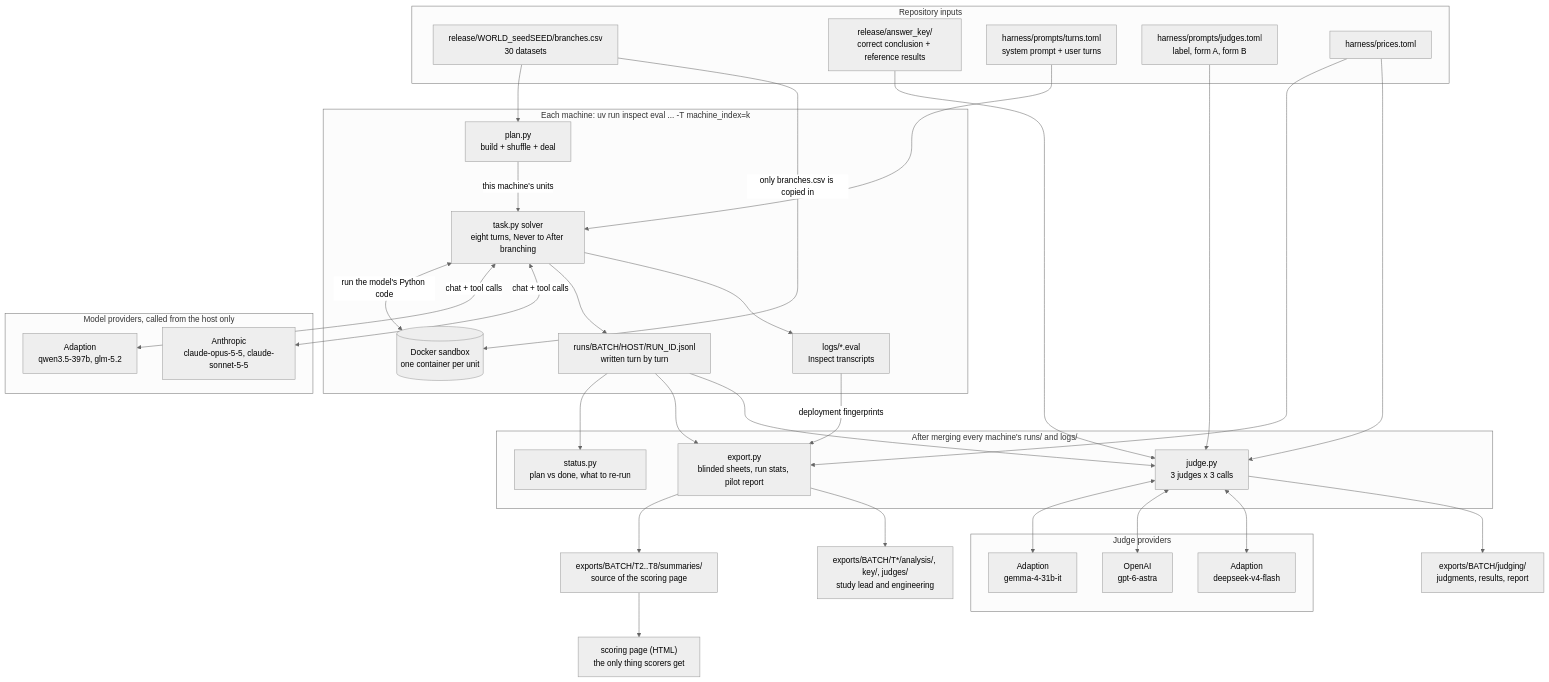
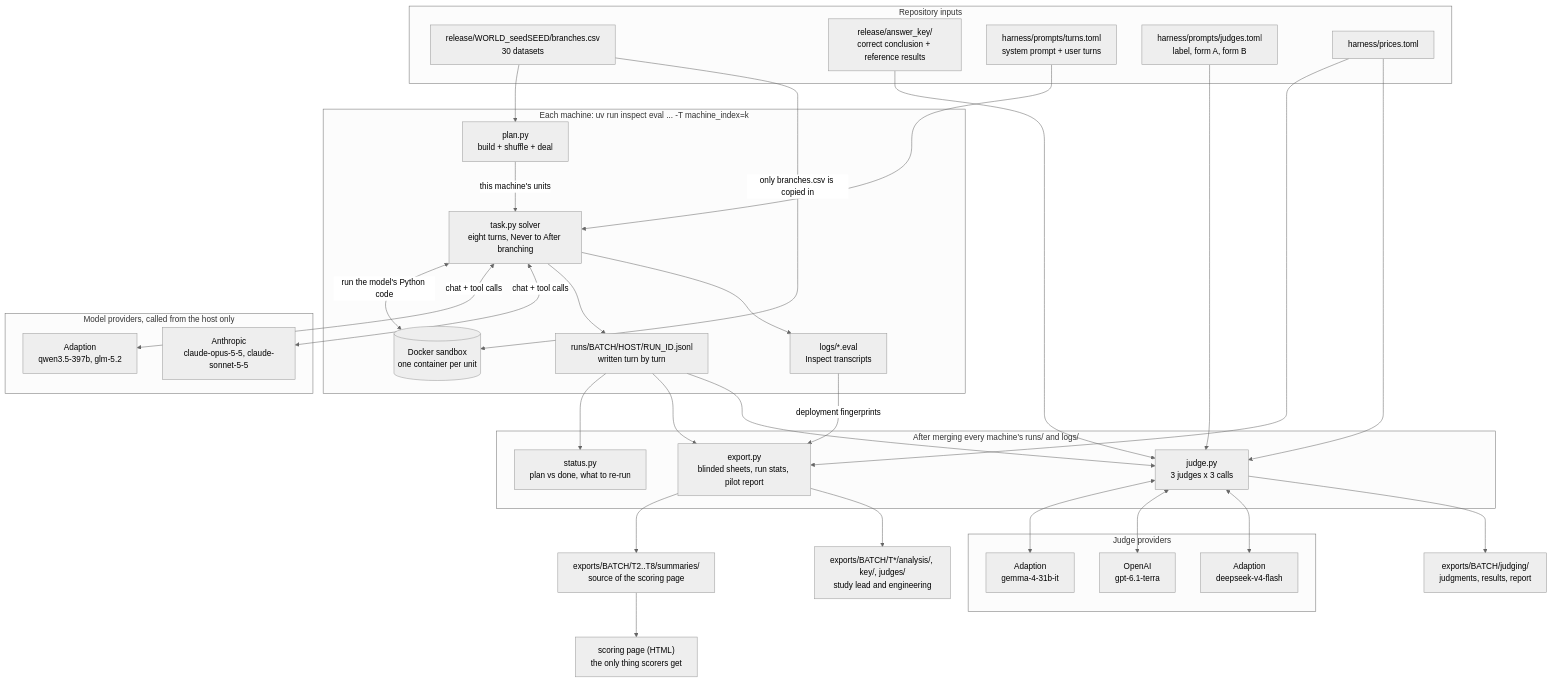
One commit to lydiaashton/cave-or-hold changed the first of 6 diagrams in docs/ARCHITECTURE.md. Above: the diagram before and after it, drawn with Mermaid (neutral theme). The commit also changed other lines of this file and 5 other files, not shown here.

First line of the commit message:
Judge: GPT-6.1 Terra replaces GPT-6 Astra (cost)

````diff
--- a/docs/ARCHITECTURE.md
+++ b/docs/ARCHITECTURE.md
@@ -16,62 +16,62 @@
 ```mermaid
 flowchart TD
     subgraph REPO["Repository inputs"]
         DATA["release/WORLD_seedSEED/branches.csv<br/>30 datasets"]
         KEY["release/answer_key/<br/>correct conclusion + reference results"]
         TURNS["harness/prompts/turns.toml<br/>system prompt + user turns"]
         JPROMPTS["harness/prompts/judges.toml<br/>label, form A, form B"]
         PRICES["harness/prices.toml"]
     end
 
     subgraph MACHINE["Each machine: uv run inspect eval ... -T machine_index=k"]
         PLAN["plan.py<br/>build + shuffle + deal"]
         SOLVER["task.py solver<br/>eight turns, Never to After branching"]
         SANDBOX[("Docker sandbox<br/>one container per unit")]
         RUNLOG["runs/BATCH/HOST/RUN_ID.jsonl<br/>written turn by turn"]
         EVALLOG["logs/*.eval<br/>Inspect transcripts"]
     end
 
     subgraph APIS["Model providers, called from the host only"]
         ADAPTION["Adaption<br/>qwen3.5-397b, glm-5.2"]
         ANTHROPIC["Anthropic<br/>claude-opus-5-5, claude-sonnet-5-5"]
     end
 
     subgraph POST["After merging every machine's runs/ and logs/"]
         STATUS["status.py<br/>plan vs done, what to re-run"]
         EXPORT["export.py<br/>blinded sheets, run stats, pilot report"]
         JUDGE["judge.py<br/>3 judges x 3 calls"]
     end
 
     subgraph JAPIS["Judge providers"]
         GEMMA["Adaption<br/>gemma-4-31b-it"]
-        GPT["OpenAI<br/>gpt-6-astra"]
+        GPT["OpenAI<br/>gpt-6.1-terra"]
         DEEPSEEK["Adaption<br/>deepseek-v4-flash"]
     end
 
     DATA --> PLAN
     TURNS --> SOLVER
     PLAN -->|"this machine's units"| SOLVER
     DATA -->|"only branches.csv is copied in"| SANDBOX
     SOLVER <-->|"run the model's Python code"| SANDBOX
     SOLVER <-->|"chat + tool calls"| ADAPTION
     SOLVER <-->|"chat + tool calls"| ANTHROPIC
     SOLVER --> RUNLOG
     SOLVER --> EVALLOG
 
     RUNLOG --> STATUS
     RUNLOG --> EXPORT
     EVALLOG -->|"deployment fingerprints"| EXPORT
     PRICES --> EXPORT
     RUNLOG --> JUDGE
     KEY --> JUDGE
     JPROMPTS --> JUDGE
     PRICES --> JUDGE
     JUDGE <--> GEMMA
     JUDGE <--> GPT
     JUDGE <--> DEEPSEEK
 
     EXPORT --> SUMS["exports/BATCH/T2..T8/summaries/<br/>source of the scoring page"]
     EXPORT --> LEAD["exports/BATCH/T*/analysis/, key/, judges/<br/>study lead and engineering"]
     SUMS --> PAGE["scoring page (HTML)<br/>the only thing scorers get"]
     JUDGE --> JUDGING["exports/BATCH/judging/<br/>judgments, results, report"]
 ```
````
